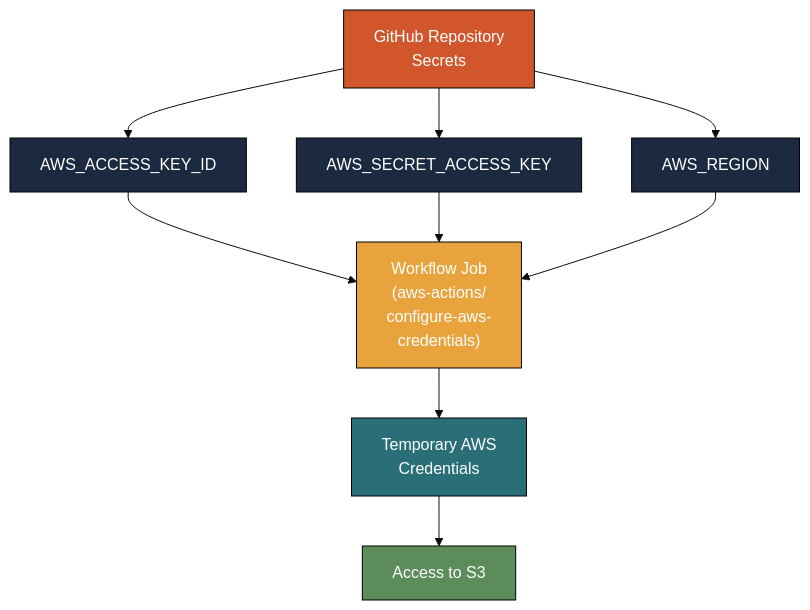
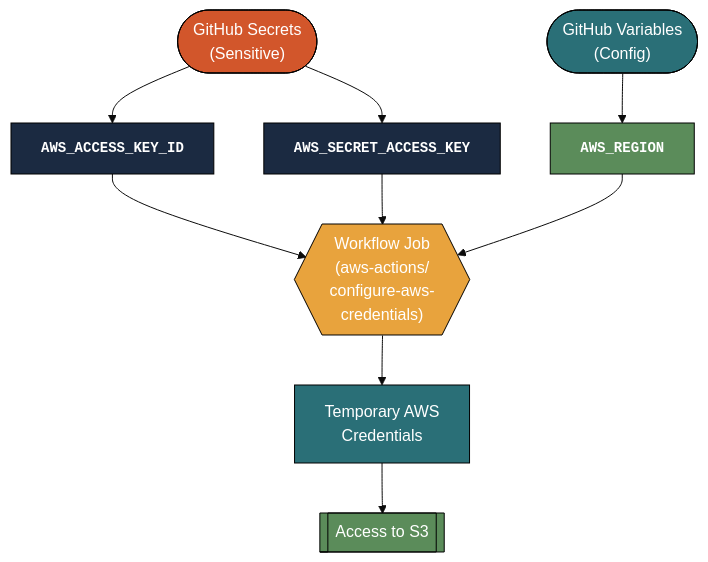
The second of 2 diagrams in gha-s3.qmd (mjfrigaard/do4ds-labs), drawn with Mermaid before and after one commit. The commit also changed other lines of this file and 70 other files, not shown here.

````diff
--- a/gha-s3.qmd
+++ b/gha-s3.qmd
@@ -60,27 +71,31 @@
 ```{mermaid}
-%%| fig-cap: 'GitHub Secrets Flow'
+%%| fig-cap: 'GitHub Secrets and Variables Flow'
 %%| fig-width: 7.0
 %%| fig-align: 'center'
 %%{init: {'theme': 'base', 'themeVariables': {'fontFamily': 'monospace'}}}%%
 
 graph TD
-    Secrets["GitHub Repository<br/>Secrets"]
-    Secrets --> AccessKey["AWS_ACCESS_KEY_ID"]
-    Secrets --> SecretKey["AWS_SECRET_ACCESS_KEY"]
-    Secrets --> Region["AWS_REGION"]
+    Secrets(["GitHub Secrets<br/>(Sensitive)"])
+    Vars(["GitHub Variables<br/>(Config)"])
 
-    AccessKey --> Workflow["Workflow Job<br/>(aws-actions/<br>configure-aws-<br>credentials)"]
+    Secrets --> AccessKey["<strong>AWS_ACCESS_KEY_ID</strong>"]
+    Secrets --> SecretKey["<strong>AWS_SECRET_ACCESS_KEY</strong>"]
+    Vars --> Region["<strong>AWS_REGION</strong>"]
+
+    AccessKey --> Workflow{{"Workflow Job<br/>(aws-actions/<br>configure-aws-<br>credentials)"}}
     SecretKey --> Workflow
     Region --> Workflow
 
     Workflow --> S3["Temporary AWS<br/>Credentials"]
-    S3 --> Access["Access to S3"]
+    S3 --> Access[["Access to S3"]]
 
     style Secrets fill:#D2562B,stroke:#000000,stroke-width:1px,color:#ffffff
-    style AccessKey fill:#1B2A41,stroke:#000000,stroke-width:1px,color:#ffffff
-    style SecretKey fill:#1B2A41,stroke:#000000,stroke-width:1px,color:#ffffff
-    style Region fill:#1B2A41,stroke:#000000,stroke-width:1px,color:#ffffff
+    style Vars fill:#2A6F77,stroke:#000000,stroke-width:1px,color:#ffffff
+    style AccessKey fill:#1B2A41,stroke:#000000,stroke-width:1px,font-size:14px,text-align:center,font-family:monospace,color:#ffffff
+    style SecretKey fill:#1B2A41,stroke:#000000,stroke-width:1px,font-size:14px,text-align:center,font-family:monospace,color:#ffffff
+    style Region fill:#5B8C5A,stroke:#000000,stroke-width:1px,font-size:14px,text-align:center,font-family:monospace,color:#ffffff
     style Workflow fill:#E8A33D,stroke:#000000,stroke-width:1px,color:#ffffff
     style S3 fill:#2A6F77,stroke:#000000,stroke-width:1px,color:#ffffff
     style Access fill:#5B8C5A,stroke:#000000,stroke-width:1px,color:#ffffff
+
 ```
````
